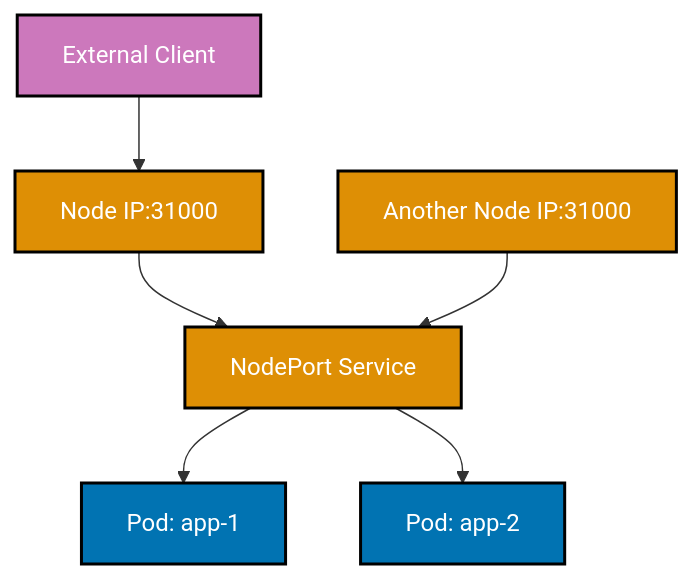
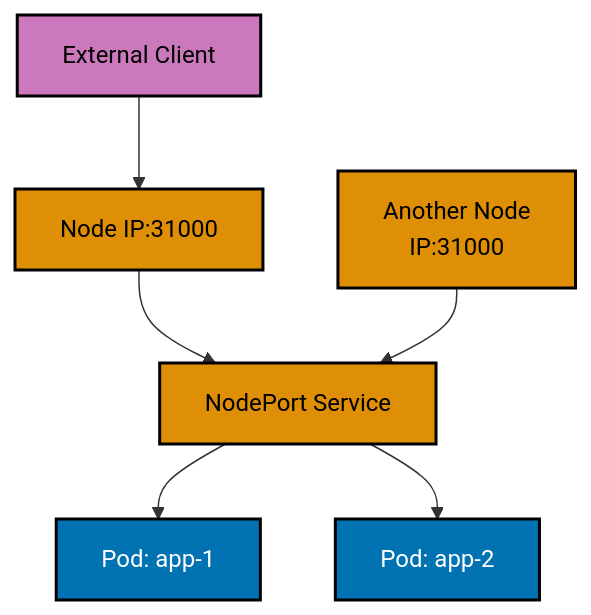
One commit to wahidyankf/ose-public changed the seventh of 9 diagrams in apps/ayokoding-www/content/en/learn/legacy/software-engineering/infrastructure/tools/kubernetes/by-example/beginner.md. Above: the diagram before and after it, drawn with Mermaid. The commit also changed other lines of this file and 131 other files, not shown here.

First line of the commit message:
fix(mermaid): bring the legacy data, infrastructure, and testing diagrams onto the accessible palette

````diff
--- a/apps/ayokoding-www/content/en/learn/legacy/software-engineering/infrastructure/tools/kubernetes/by-example/beginner.md
+++ b/apps/ayokoding-www/content/en/learn/legacy/software-engineering/infrastructure/tools/kubernetes/by-example/beginner.md
@@ -963,17 +1003,23 @@
 ```mermaid
 %% Color Palette: Blue #0173B2, Orange #DE8F05, Teal #029E73, Purple #CC78BC, Brown #CA9161
 %% NodePort Service access flow
 graph TD
+ accTitle: Example 14: NodePort Service
+ accDescr: Graph with 6 nodes and 5 connections. Nodes: External Client, Node IP:31000, NodePort Service, Pod: app-1, Pod: app-2, Another Node IP:31000. Connections: External Client to Node IP:31000, Node IP:31000 to NodePort Service, NodePort Service to Pod: app-1, NodePort Service to Pod: app-2, Another Node IP:31000 to NodePort Service.
  A[External Client] --> B[Node IP:31000]
  B --> C[NodePort Service]
  C --> D[Pod: app-1]
  C --> E[Pod: app-2]
- F[Another Node IP:31000] --> C
+ F[Another Node<br/>IP:31000] --> C
 
- style A fill:#CC78BC,stroke:#000000,stroke-width:2px,color:#fff
- style B fill:#DE8F05,stroke:#000000,stroke-width:2px,color:#fff
- style F fill:#DE8F05,stroke:#000000,stroke-width:2px,color:#fff
- style C fill:#DE8F05,stroke:#000000,stroke-width:2px,color:#fff
- style D fill:#0173B2,stroke:#000000,stroke-width:2px,color:#fff
- style E fill:#0173B2,stroke:#000000,stroke-width:2px,color:#fff
+ classDef pal-CC78BC fill:#CC78BC,stroke:#000000,color:#000000,stroke-width:2px
+ class A pal-CC78BC
+ classDef pal-DE8F05 fill:#DE8F05,stroke:#000000,color:#000000,stroke-width:2px
+ class B pal-DE8F05
+ class F pal-DE8F05
+ class C pal-DE8F05
+ classDef pal-0173B2 fill:#0173B2,stroke:#000000,color:#FFFFFF,stroke-width:2px
+ class D pal-0173B2
+ class E pal-0173B2
+ classDef default fill:#FFFFFF,stroke:#000000,color:#000000
 ```
````
